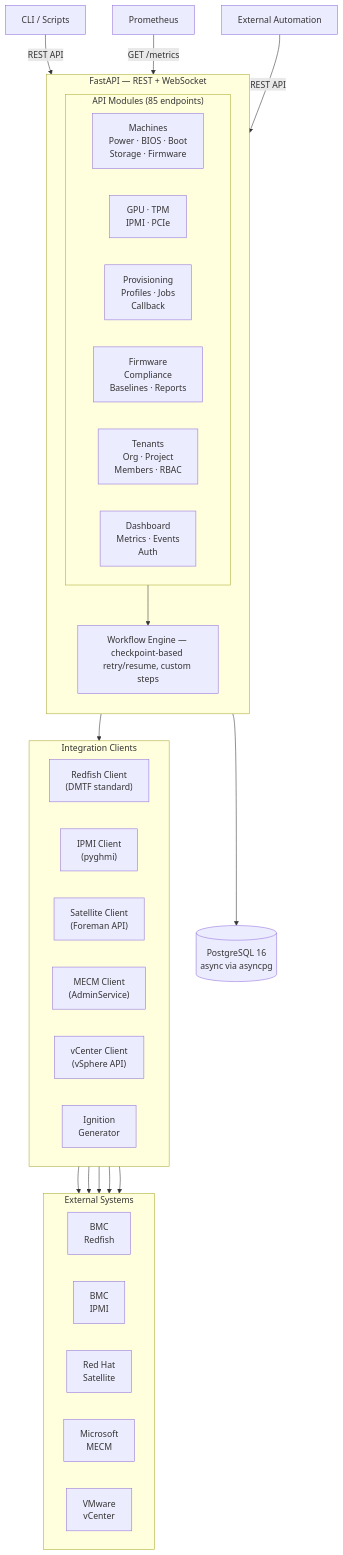
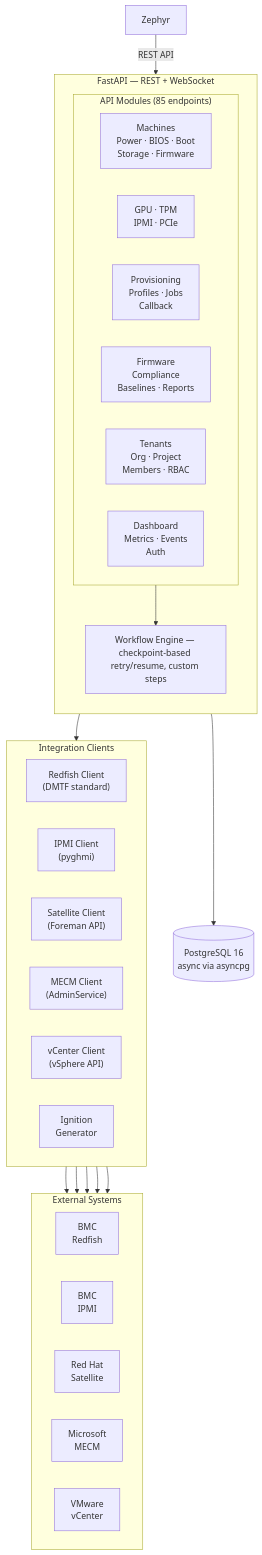
The diagram in README.md (dhwanilraval/infra-controller), drawn with Mermaid before and after one commit.

Commit message:
Replace API consumers with Zephyr in architecture diagram

````diff
--- a/README.md
+++ b/README.md
@@ -39,54 +39,50 @@
 ```mermaid
 graph TB
-    CLI["CLI / Scripts"]
-    Prom["Prometheus"]
-    Ext["External Automation"]
+    Zephyr["Zephyr"]
 
-    CLI -->|REST API| API
-    Prom -->|GET /metrics| API
-    Ext -->|REST API| API
+    Zephyr -->|REST API| API
 
     subgraph API["FastAPI — REST + WebSocket"]
         direction TB
         subgraph Modules["API Modules (85 endpoints)"]
             direction LR
             M1["Machines\nPower · BIOS · Boot\nStorage · Firmware"]
             M2["GPU · TPM\nIPMI · PCIe"]
             M3["Provisioning\nProfiles · Jobs\nCallback"]
             M4["Firmware\nCompliance\nBaselines · Reports"]
             M5["Tenants\nOrg · Project\nMembers · RBAC"]
             M6["Dashboard\nMetrics · Events\nAuth"]
         end
         WF["Workflow Engine — checkpoint-based retry/resume, custom steps"]
     end
 
     subgraph Integrations["Integration Clients"]
         direction LR
         RF["Redfish Client\n(DMTF standard)"]
         IP["IPMI Client\n(pyghmi)"]
         SAT["Satellite Client\n(Foreman API)"]
         MECM["MECM Client\n(AdminService)"]
         VC["vCenter Client\n(vSphere API)"]
         IGN["Ignition\nGenerator"]
     end
 
     subgraph External["External Systems"]
         direction LR
         BMC1["BMC\nRedfish"]
         BMC2["BMC\nIPMI"]
         SAT_S["Red Hat\nSatellite"]
         MECM_S["Microsoft\nMECM"]
         VC_S["VMware\nvCenter"]
     end
 
     DB[("PostgreSQL 16\nasync via asyncpg")]
 
     Modules --> WF
     WF --> Integrations
     RF --> BMC1
     IP --> BMC2
     SAT --> SAT_S
     MECM --> MECM_S
     VC --> VC_S
     API --> DB
 ```
````
